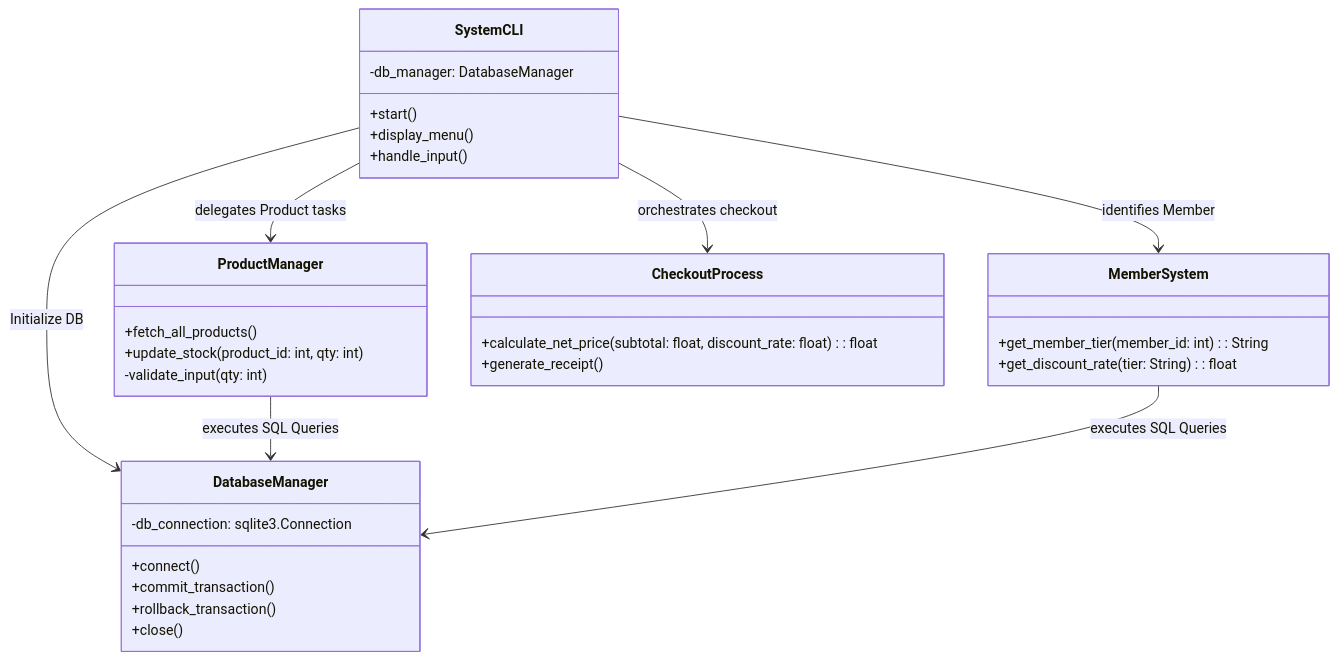
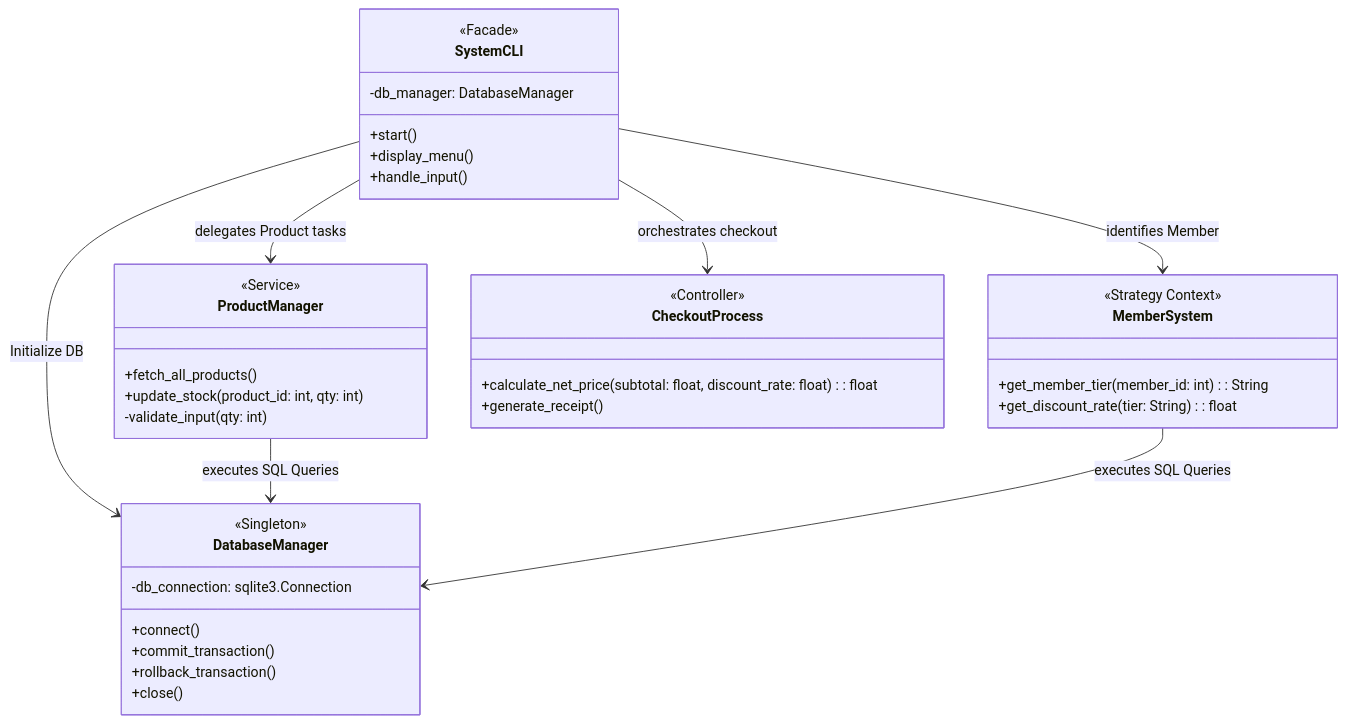
Before and after one commit to Panuwat-ta/software-project-management: the second of 2 diagrams in week-5/architecture.md, drawn with Mermaid. The commit also changed other lines of this file and 4 other files, not shown here.

Commit message:
feat: Add Week 5 section to index.html, update architecture and budget worksheets, and enhance work tracking

````diff
--- a/week-5/architecture.md
+++ b/week-5/architecture.md
@@ -35,40 +38,45 @@
 ```mermaid
 classDiagram
     class SystemCLI {
+        <<Facade>>
         -db_manager: DatabaseManager
         +start()
         +display_menu()
         +handle_input()
     }
     
     class DatabaseManager {
+        <<Singleton>>
         -db_connection: sqlite3.Connection
         +connect()
         +commit_transaction()
         +rollback_transaction()
         +close()
     }
     
     class ProductManager {
+        <<Service>>
         +fetch_all_products()
         +update_stock(product_id: int, qty: int)
         -validate_input(qty: int)
     }
     
     class MemberSystem {
+        <<Strategy Context>>
         +get_member_tier(member_id: int): String
         +get_discount_rate(tier: String): float
     }
     
     class CheckoutProcess {
+        <<Controller>>
         +calculate_net_price(subtotal: float, discount_rate: float): float
         +generate_receipt()
     }
     
     SystemCLI --> DatabaseManager : Initialize DB
     SystemCLI --> ProductManager : delegates Product tasks
     SystemCLI --> MemberSystem : identifies Member
     ProductManager --> DatabaseManager : executes SQL Queries
     MemberSystem --> DatabaseManager : executes SQL Queries
     SystemCLI --> CheckoutProcess : orchestrates checkout
 ```
````
